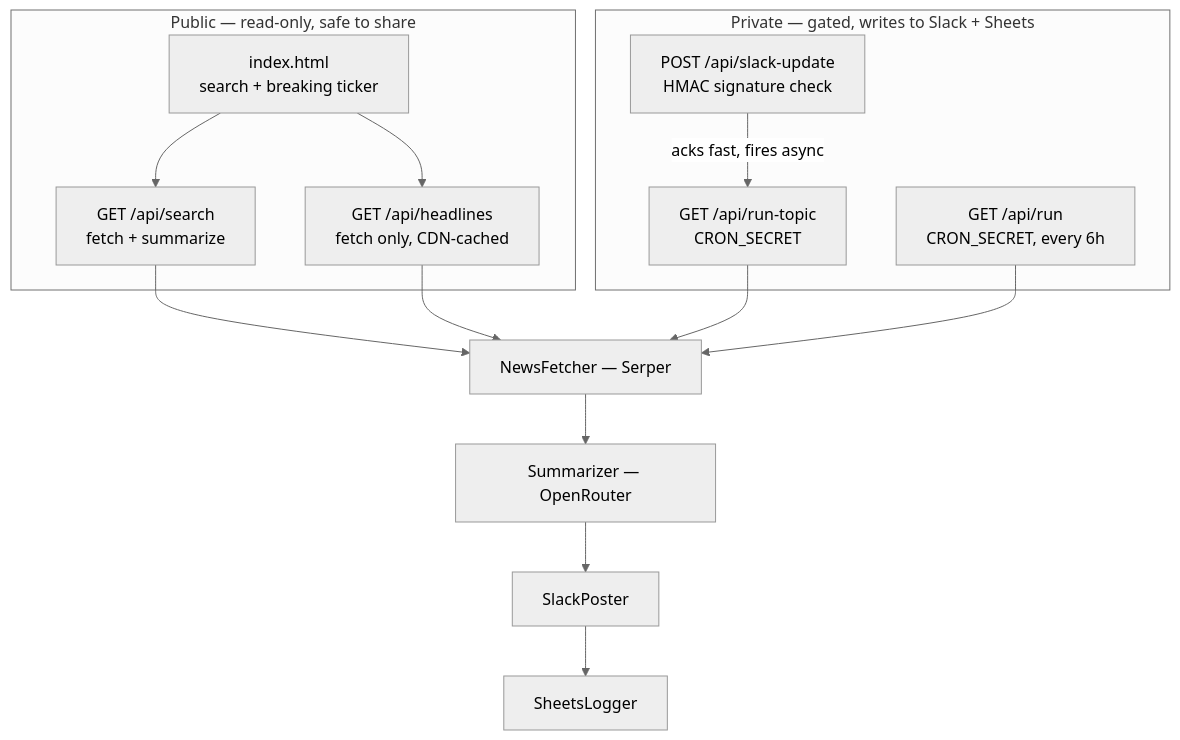
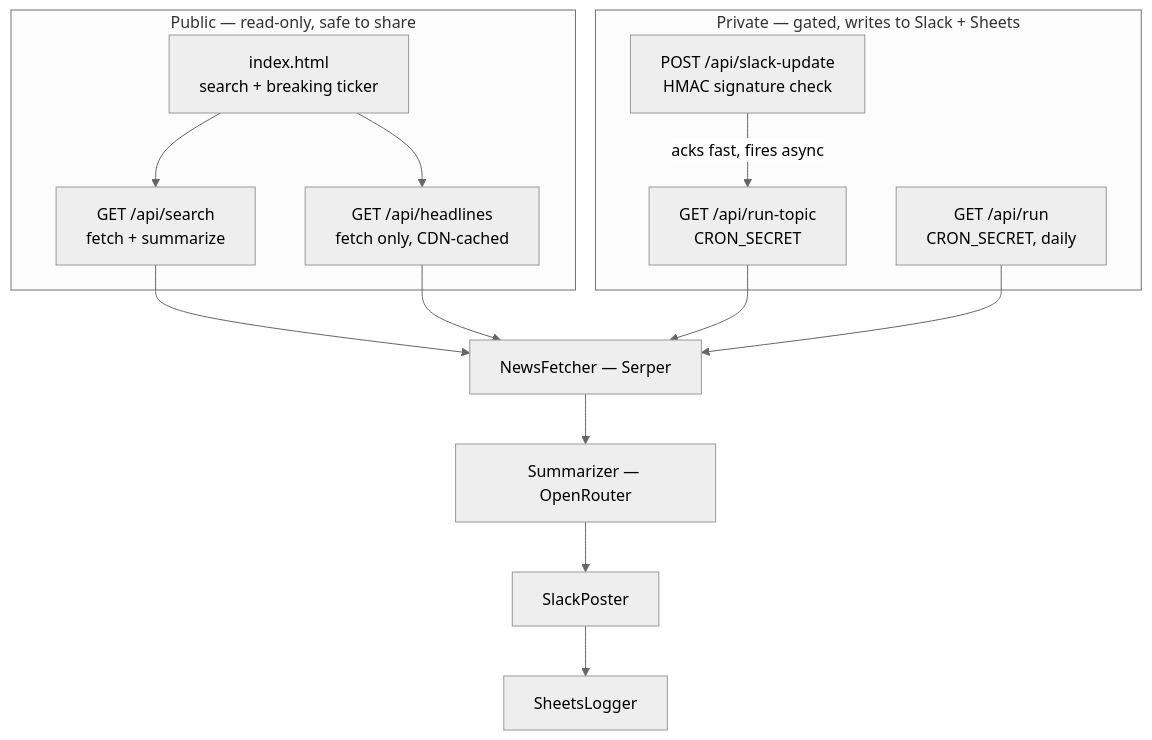
Before and after one commit to AghaAliShah/Newsly.Ai: the diagram in README.md, drawn with Mermaid (neutral theme). The commit also changed other lines of this file and 1 other file, not shown here.

````diff
--- a/README.md
+++ b/README.md
@@ -14,25 +14,25 @@
 ```mermaid
 flowchart TD
     subgraph public["Public — read-only, safe to share"]
         UI["index.html<br/>search + breaking ticker"]
         SEARCH["GET /api/search<br/>fetch + summarize"]
         HEAD["GET /api/headlines<br/>fetch only, CDN-cached"]
         UI --> SEARCH
         UI --> HEAD
     end
 
     subgraph private["Private — gated, writes to Slack + Sheets"]
         SLACK["POST /api/slack-update<br/>HMAC signature check"]
         TOPIC["GET /api/run-topic<br/>CRON_SECRET"]
-        CRON["GET /api/run<br/>CRON_SECRET, every 6h"]
+        CRON["GET /api/run<br/>CRON_SECRET, daily"]
         SLACK -->|"acks fast, fires async"| TOPIC
     end
 
     SEARCH --> FETCH
     HEAD --> FETCH
     TOPIC --> FETCH
     CRON --> FETCH
 
     FETCH["NewsFetcher — Serper"] --> SUM["Summarizer — OpenRouter"]
     SUM --> POST["SlackPoster"] --> LOG["SheetsLogger"]
 ```
````
